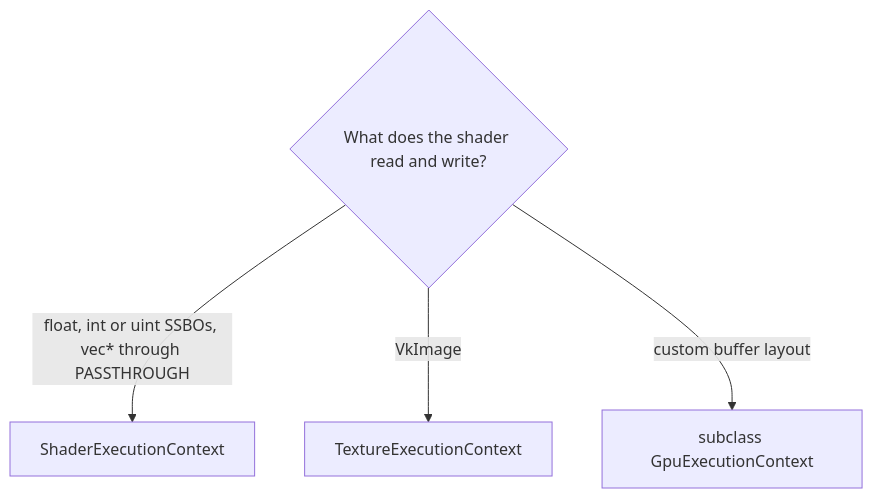
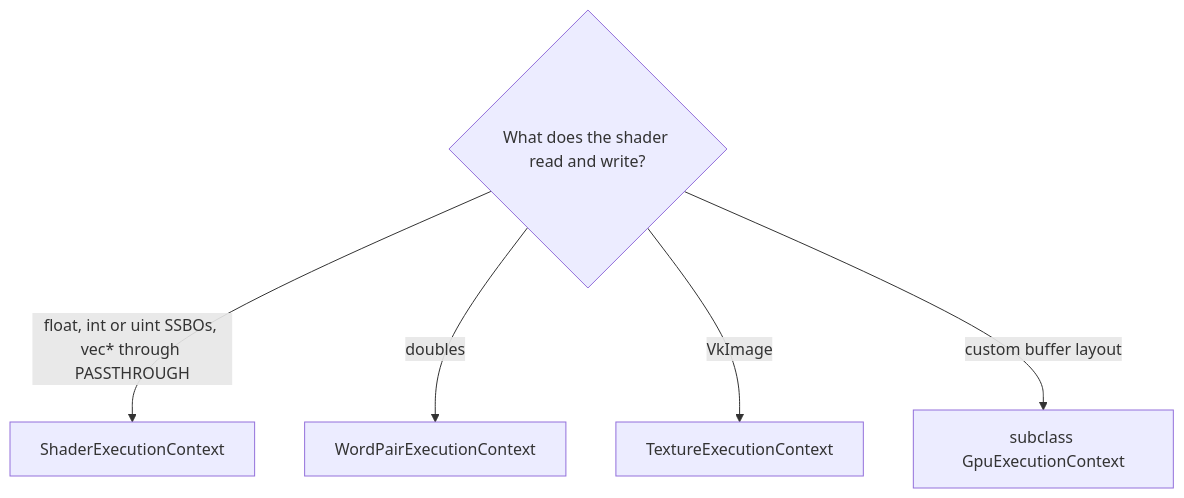
Before and after one commit to MayaFlux/MayaFlux: diagram 14 of 14 in docs/GPGPU-Guide.md, drawn with Mermaid. The commit also changed other lines of this file and 3 other files, not shown here.

````diff
--- a/docs/GPGPU-Guide.md
+++ b/docs/GPGPU-Guide.md
@@ -1003,7 +1111,8 @@
 ```mermaid
 flowchart TD
     D{"What does the shader read and write?"}
     D -- "float, int or uint SSBOs, vec* through PASSTHROUGH" --> D1["ShaderExecutionContext"]
+    D -- "doubles" --> D4["WordPairExecutionContext"]
     D -- "VkImage" --> D2["TextureExecutionContext"]
     D -- "custom buffer layout" --> D3["subclass GpuExecutionContext"]
 ```
````
